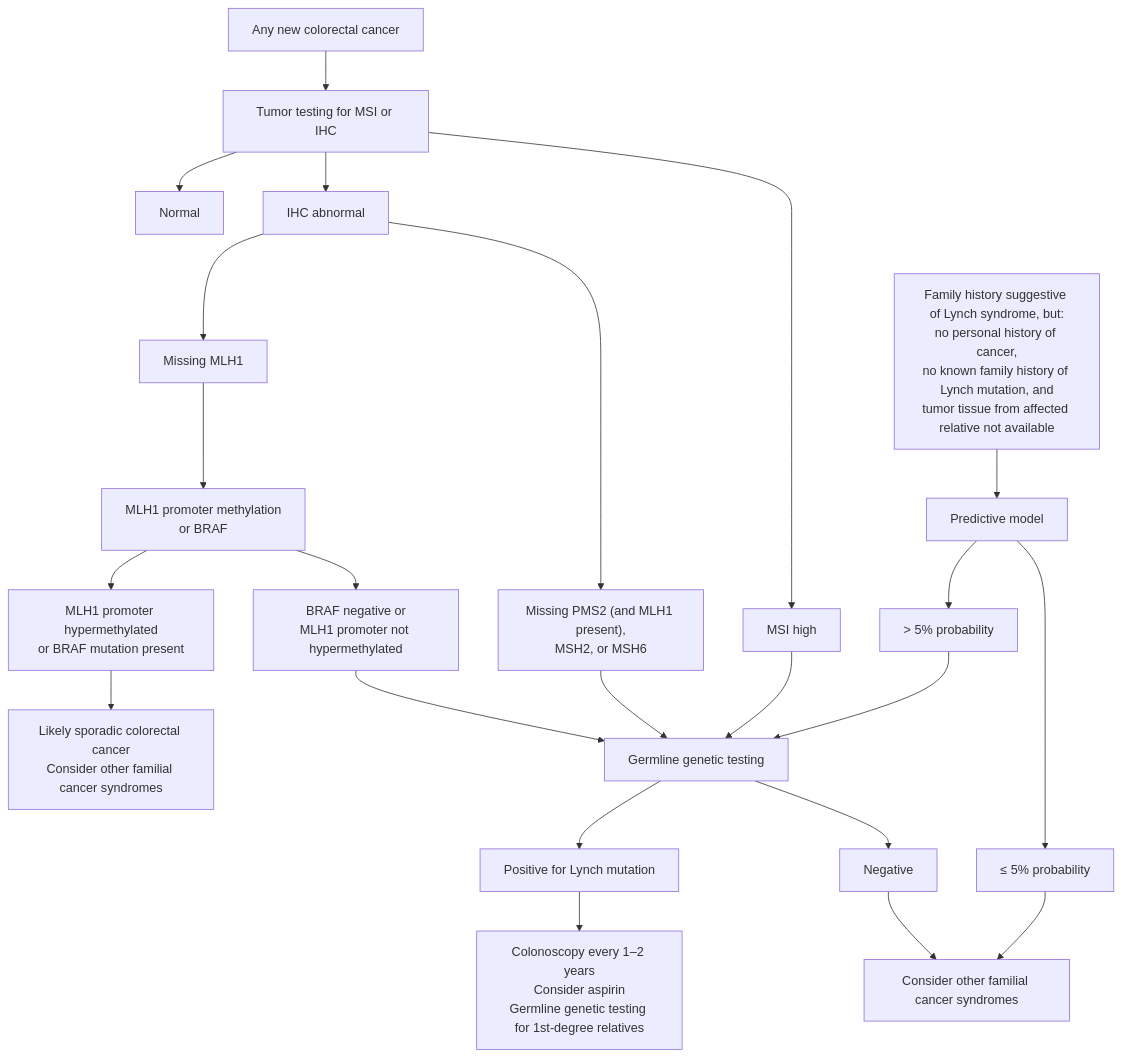
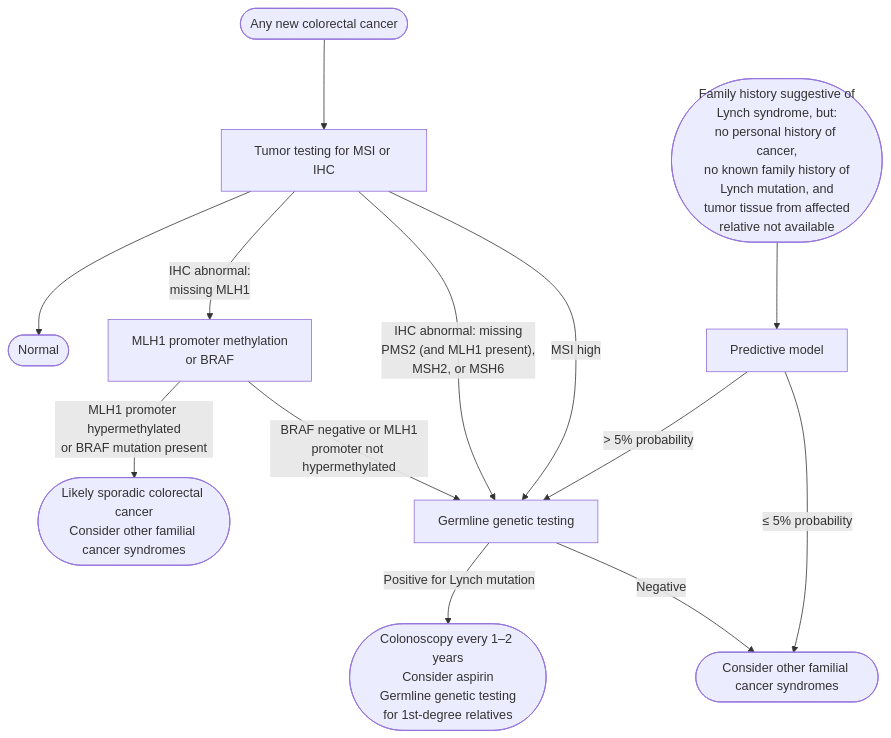
Before and after one commit to KHNickLeMD/KHNL-GI-Wiki: the diagram in KHNL-GI-Wiki/wiki/1-disease-scripts/colorectal-diseases/polyposis-hereditary-syndromes/lynch-syndrome.md, drawn with Mermaid. The commit also changed other lines of this file and 1 other file, not shown here.

Commit message:
Lynch syndrome: redraw AGA decision tool flowchart in new style
Role classes, results on arrows, 4-line caption; 20 boxes -> 10, wording
verbatim, re-checked against AGA 2015 Figure 1.

````diff
--- a/KHNL-GI-Wiki/wiki/1-disease-scripts/colorectal-diseases/polyposis-hereditary-syndromes/lynch-syndrome.md
+++ b/KHNL-GI-Wiki/wiki/1-disease-scripts/colorectal-diseases/polyposis-hereditary-syndromes/lynch-syndrome.md
@@ -47,25 +47,19 @@
 ```mermaid
 flowchart TD
-    A["Any new colorectal cancer"] --> B["Tumor testing for MSI or IHC"]
-    B --> C["Normal"]
-    B --> D["IHC abnormal"]
-    B --> E["MSI high"]
-    D --> F["Missing MLH1"]
-    D --> G["Missing PMS2 (and MLH1 present),<br/>MSH2, or MSH6"]
-    F --> H["MLH1 promoter methylation<br/>or BRAF"]
-    H --> I["MLH1 promoter hypermethylated<br/>or BRAF mutation present"]
-    H --> J["BRAF negative or<br/>MLH1 promoter not hypermethylated"]
-    I --> K["Likely sporadic colorectal cancer<br/>Consider other familial cancer syndromes"]
-    J --> L["Germline genetic testing"]
-    G --> L
-    E --> L
-    M["Family history suggestive of Lynch syndrome, but:<br/>no personal history of cancer,<br/>no known family history of Lynch mutation, and<br/>tumor tissue from affected relative not available"] --> N["Predictive model"]
-    N --> O["> 5% probability"]
-    N --> P["≤ 5% probability"]
-    O --> L
-    L --> Q["Positive for Lynch mutation"]
-    L --> R["Negative"]
-    Q --> S["Colonoscopy every 1–2 years<br/>Consider aspirin<br/>Germline genetic testing for 1st-degree relatives"]
-    R --> T["Consider other familial cancer syndromes"]
-    P --> T
+    A(["Any new colorectal cancer"]) --> B["Tumor testing for MSI or IHC"]
+    B --> C(["Normal"])
+    B -- "IHC abnormal:<br/>missing MLH1" --> H["MLH1 promoter methylation<br/>or BRAF"]
+    B -- "IHC abnormal: missing<br/>PMS2 (and MLH1 present),<br/>MSH2, or MSH6" --> L["Germline genetic testing"]
+    B -- "MSI high" --> L
+    H -- "MLH1 promoter hypermethylated<br/>or BRAF mutation present" --> K(["Likely sporadic colorectal cancer<br/>Consider other familial cancer syndromes"])
+    H -- "BRAF negative or MLH1<br/>promoter not hypermethylated" --> L
+    M(["Family history suggestive of<br/>Lynch syndrome, but:<br/>no personal history of cancer,<br/>no known family history of<br/>Lynch mutation, and<br/>tumor tissue from affected<br/>relative not available"]) --> N["Predictive model"]
+    N -- "> 5% probability" --> L
+    N -- "≤ 5% probability" --> T(["Consider other familial cancer syndromes"])
+    L -- "Positive for Lynch mutation" --> S(["Colonoscopy every 1–2 years<br/>Consider aspirin<br/>Germline genetic testing<br/>for 1st-degree relatives"])
+    L -- "Negative" --> T
+    class A,M start
+    class B,H,L,N test
+    class S act
+    class C,K,T stop
 ```
````
